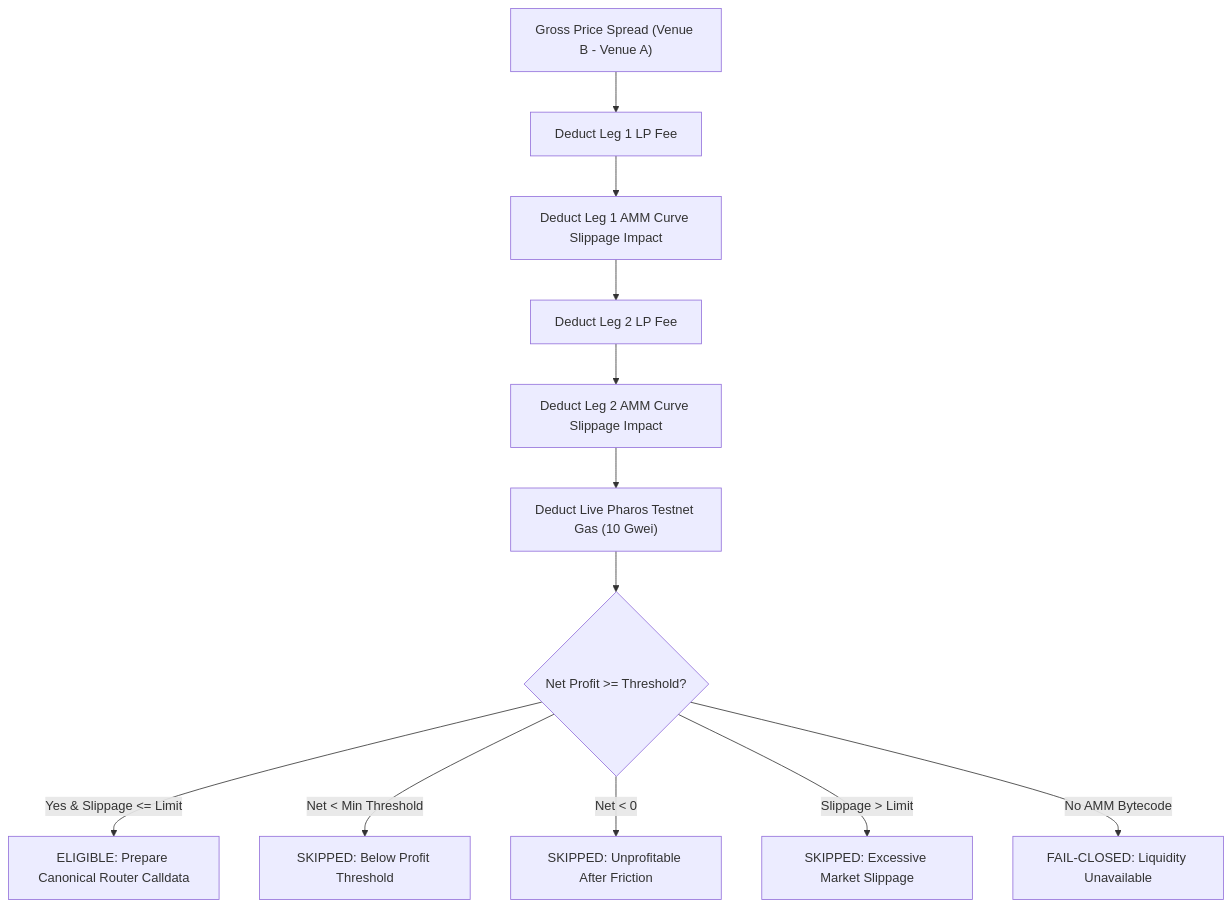
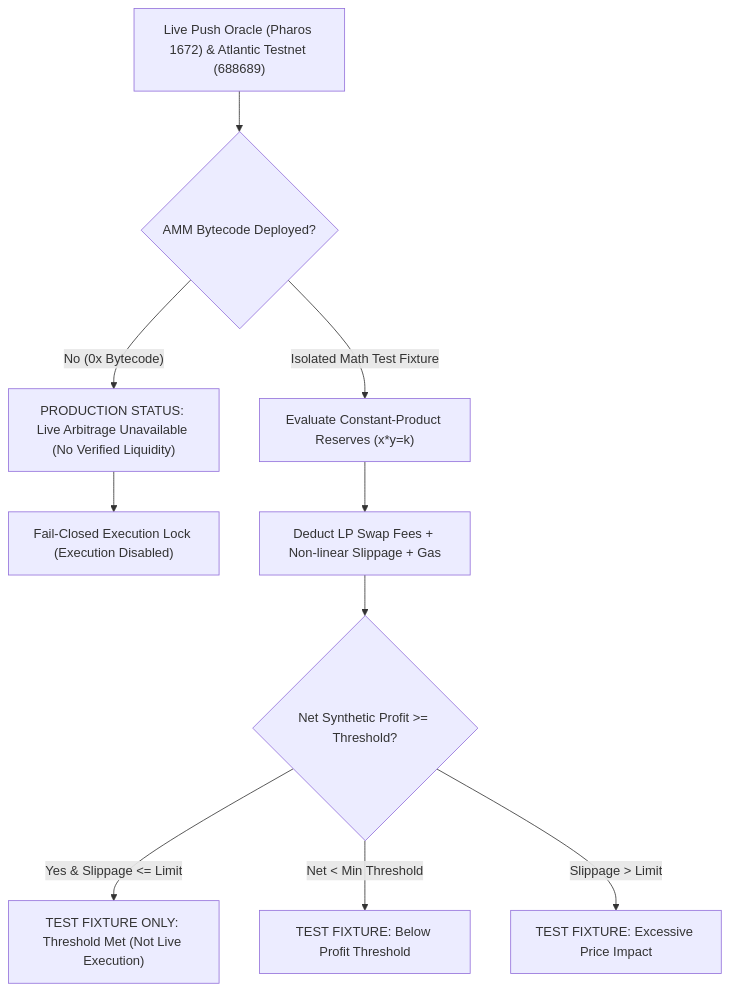
Before and after one commit to JimmyOgb/pharos-arbitrage-scanner: the diagram in README.md, drawn with Mermaid. The commit also changed other lines of this file and 13 other files, not shown here.

Commit message:
audit: enforce final production truthfulness and live arbitrage unavailable status

````diff
--- a/README.md
+++ b/README.md
@@ -82,14 +82,12 @@
 ```mermaid
 flowchart TD
-    A["Gross Price Spread (Venue B - Venue A)"] --> B["Deduct Leg 1 LP Fee"]
-    B --> C["Deduct Leg 1 AMM Curve Slippage Impact"]
-    C --> D["Deduct Leg 2 LP Fee"]
-    D --> E["Deduct Leg 2 AMM Curve Slippage Impact"]
-    E --> F["Deduct Live Pharos Testnet Gas (10 Gwei)"]
-    F --> G{"Net Profit >= Threshold?"}
-    G -- "Yes & Slippage <= Limit" --> H["ELIGIBLE: Prepare Canonical Router Calldata"]
-    G -- "Net < Min Threshold" --> I["SKIPPED: Below Profit Threshold"]
-    G -- "Net < 0" --> J["SKIPPED: Unprofitable After Friction"]
-    G -- "Slippage > Limit" --> K["SKIPPED: Excessive Market Slippage"]
-    G -- "No AMM Bytecode" --> L["FAIL-CLOSED: Liquidity Unavailable"]
+    A["Live Push Oracle (Pharos 1672) & Atlantic Testnet (688689)"] --> B{"AMM Bytecode Deployed?"}
+    B -- "No (0x Bytecode)" --> C["PRODUCTION STATUS: Live Arbitrage Unavailable (No Verified Liquidity)"]
+    C --> D["Fail-Closed Execution Lock (Execution Disabled)"]
+    B -- "Isolated Math Test Fixture" --> E["Evaluate Constant-Product Reserves (x*y=k)"]
+    E --> F["Deduct LP Swap Fees + Non-linear Slippage + Gas"]
+    F --> G{"Net Synthetic Profit >= Threshold?"}
+    G -- "Yes & Slippage <= Limit" --> H["TEST FIXTURE ONLY: Threshold Met (Not Live Execution)"]
+    G -- "Net < Min Threshold" --> I["TEST FIXTURE: Below Profit Threshold"]
+    G -- "Slippage > Limit" --> J["TEST FIXTURE: Excessive Price Impact"]
 ```
````
